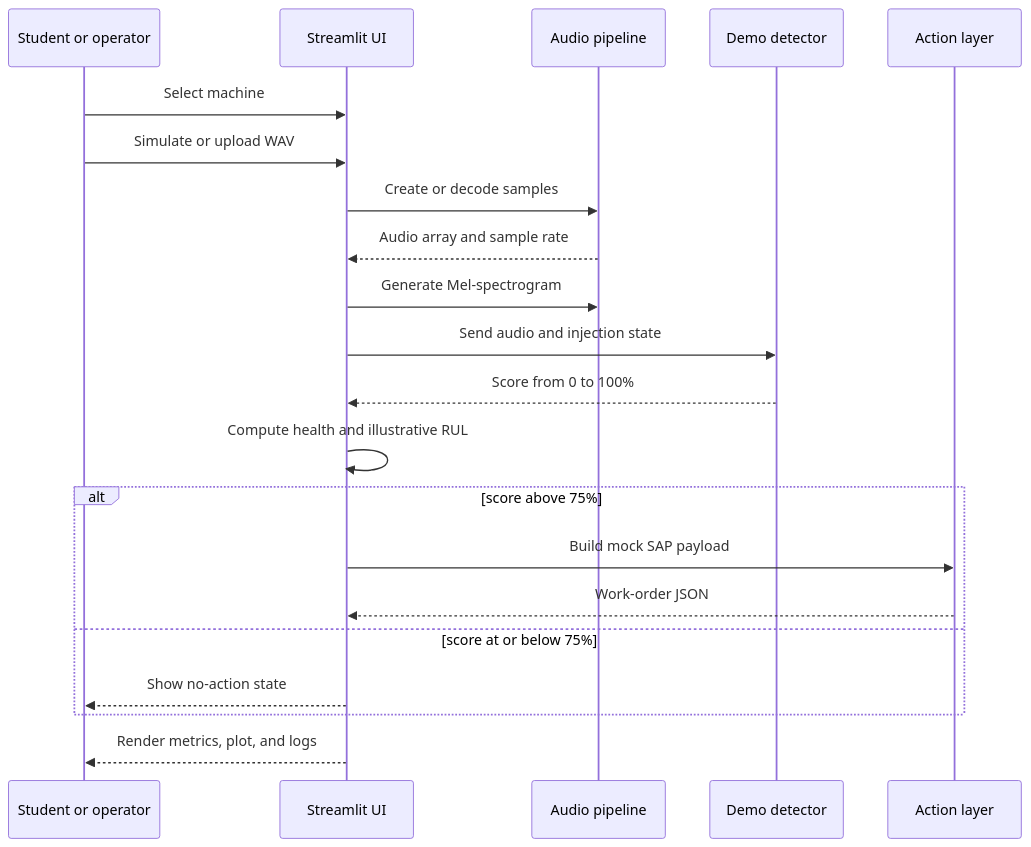
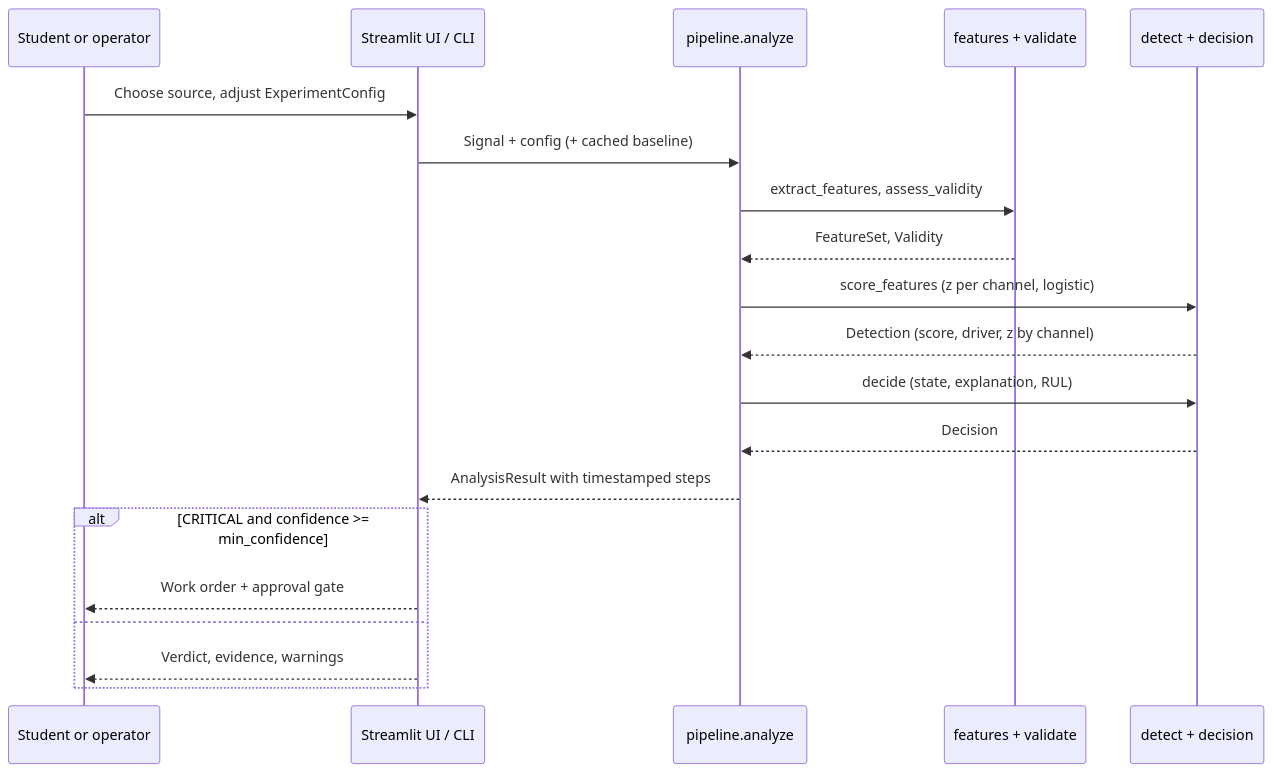
Before and after one commit to lalitsonawane/acoustic-diagnostic-agent-mvp: the second of 2 diagrams in docs/application.md, drawn with Mermaid. The commit also changed other lines of this file and 37 other files, not shown here.

First line of the commit message:
Professionalise MVP: acoustic_agent package, honest detector, experiment tooling (v0.2.0)

````diff
--- a/docs/application.md
+++ b/docs/application.md
@@ -73,24 +92,23 @@
 ```mermaid
 sequenceDiagram
     participant User as Student or operator
-    participant UI as Streamlit UI
-    participant Audio as Audio pipeline
-    participant Model as Demo detector
-    participant Action as Action layer
+    participant UI as Streamlit UI / CLI
+    participant P as pipeline.analyze
+    participant F as features + validate
+    participant D as detect + decision
 
-    User->>UI: Select machine
-    User->>UI: Simulate or upload WAV
-    UI->>Audio: Create or decode samples
-    Audio-->>UI: Audio array and sample rate
-    UI->>Audio: Generate Mel-spectrogram
-    UI->>Model: Send audio and injection state
-    Model-->>UI: Score from 0 to 100%
-    UI->>UI: Compute health and illustrative RUL
-    alt score above 75%
-        UI->>Action: Build mock SAP payload
-        Action-->>UI: Work-order JSON
-    else score at or below 75%
-        UI-->>User: Show no-action state
+    User->>UI: Choose source, adjust ExperimentConfig
+    UI->>P: Signal + config (+ cached baseline)
+    P->>F: extract_features, assess_validity
+    F-->>P: FeatureSet, Validity
+    P->>D: score_features (z per channel, logistic)
+    D-->>P: Detection (score, driver, z by channel)
+    P->>D: decide (state, explanation, RUL)
+    D-->>P: Decision
+    P-->>UI: AnalysisResult with timestamped steps
+    alt CRITICAL and confidence >= min_confidence
+        UI-->>User: Work order + approval gate
+    else
+        UI-->>User: Verdict, evidence, warnings
     end
-    UI-->>User: Render metrics, plot, and logs
 ```
````
